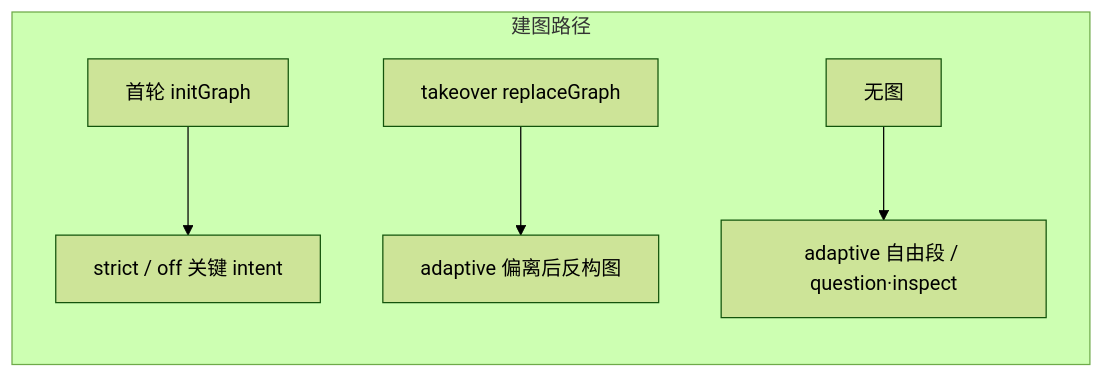
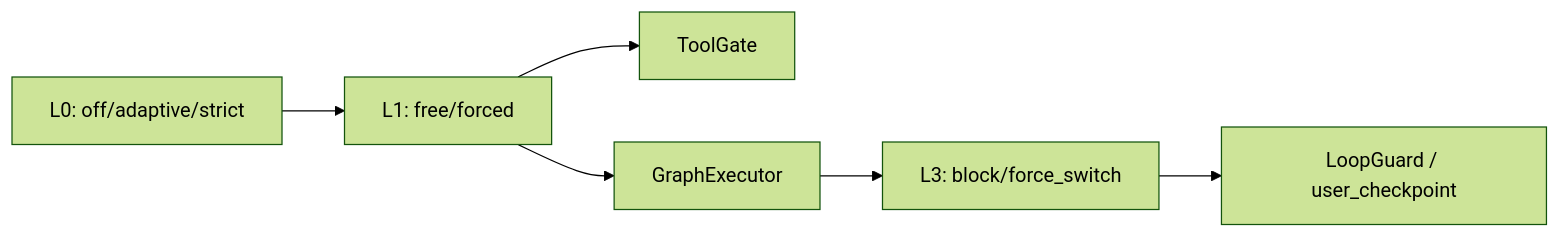
One commit to lbiceman/iceCoder changed the diagram in docs/双模机制详解.md. Above: the diagram before and after it, drawn with Mermaid (forest theme). The commit also changed other lines of this file and 109 other files, not shown here.

````diff
--- a/docs/双模机制详解.md
+++ b/docs/双模机制详解.md
@@ -276,8 +19,8 @@
 ```mermaid
 flowchart LR
-  subgraph paths["建图路径"]
-    A[首轮 initGraph] --> B[strict / off 关键 intent]
-    C[takeover replaceGraph] --> D[adaptive 偏离后反构图]
-    E[无图] --> F[adaptive 自由段 / question·inspect]
-  end
+  L0["L0: off/adaptive/strict"] --> L1["L1: free/forced"]
+  L1 --> ToolGate[ToolGate]
+  L1 --> GraphExecutor[GraphExecutor]
+  GraphExecutor --> L3["L3: block/force_switch"]
+  L3 --> LoopGuard["LoopGuard / user_checkpoint"]
 ```
````
